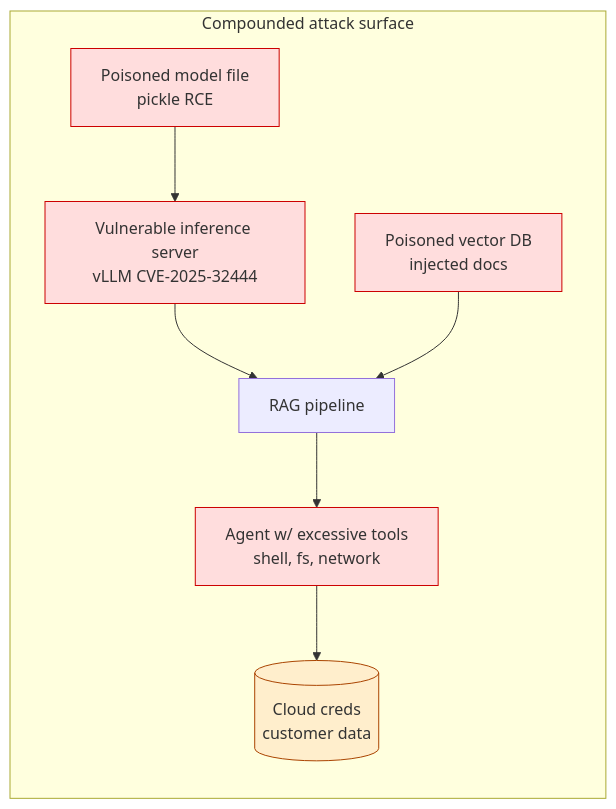
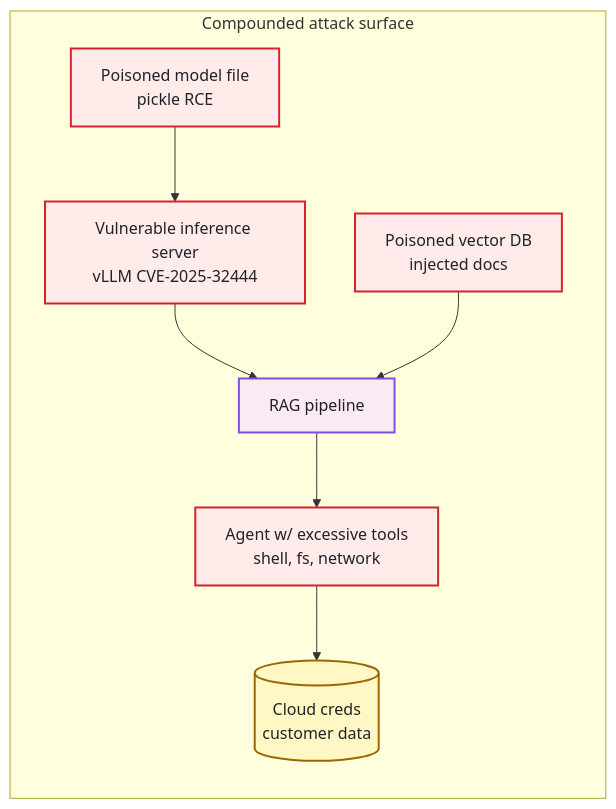
The second of 8 diagrams in docs/ai-dfir-investigation-guide.md (depalmar/ai-dfir-toolkit), drawn with Mermaid before and after one commit. The commit also changed other lines of this file, not shown here.

Commit message:
Restyle Mermaid diagrams with GitHub Primer palette for light/dark mode legibility

````diff
--- a/docs/ai-dfir-investigation-guide.md
+++ b/docs/ai-dfir-investigation-guide.md
@@ -99,16 +108,19 @@
 ```mermaid
 flowchart LR
     subgraph "Compounded attack surface"
         A[Poisoned model file<br/>pickle RCE] --> B[Vulnerable inference server<br/>vLLM CVE-2025-32444]
         B --> C[RAG pipeline]
         D[Poisoned vector DB<br/>injected docs] --> C
         C --> E[Agent w/ excessive tools<br/>shell, fs, network]
         E --> F[(Cloud creds<br/>customer data)]
     end
 
-    style A fill:#fdd,stroke:#c00
-    style B fill:#fdd,stroke:#c00
-    style D fill:#fdd,stroke:#c00
-    style E fill:#fdd,stroke:#c00
-    style F fill:#fec,stroke:#a40
+    classDef danger fill:#ffebe9,stroke:#d1242f,stroke-width:2px,color:#1f2328
+    classDef crown fill:#fff8c5,stroke:#9a6700,stroke-width:2px,color:#1f2328
+    classDef pivot fill:#fbe9f3,stroke:#8250df,stroke-width:2px,color:#1f2328
+
+    class A,B,D danger
+    class C pivot
+    class E danger
+    class F crown
 ```
````
